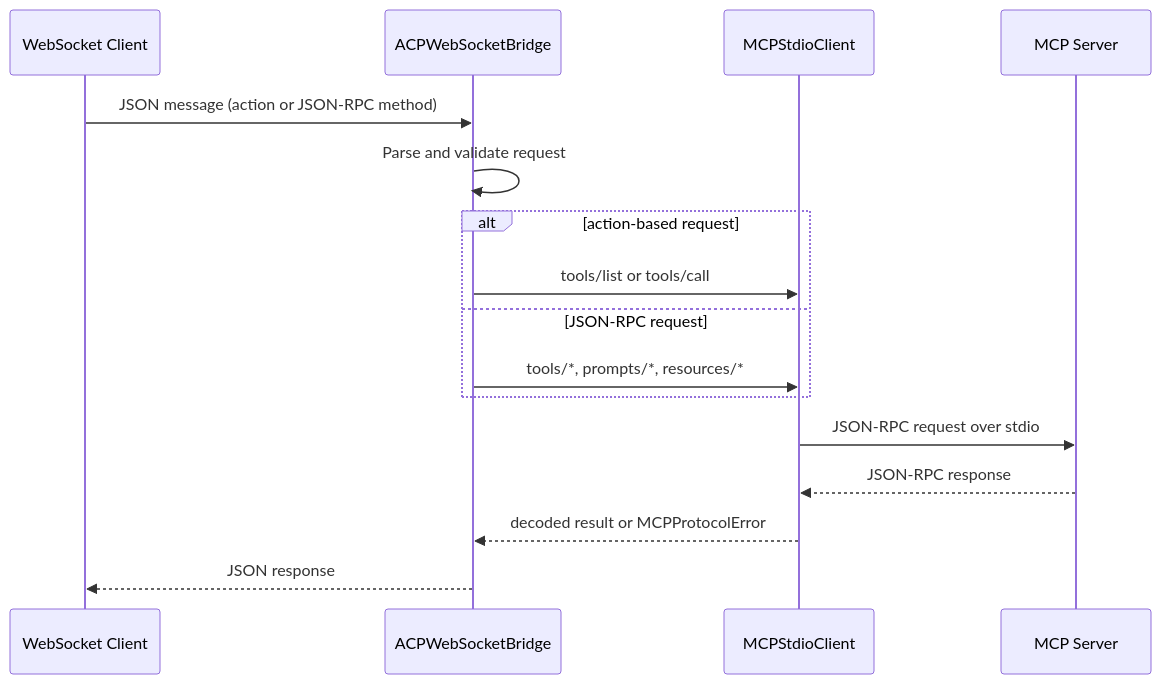
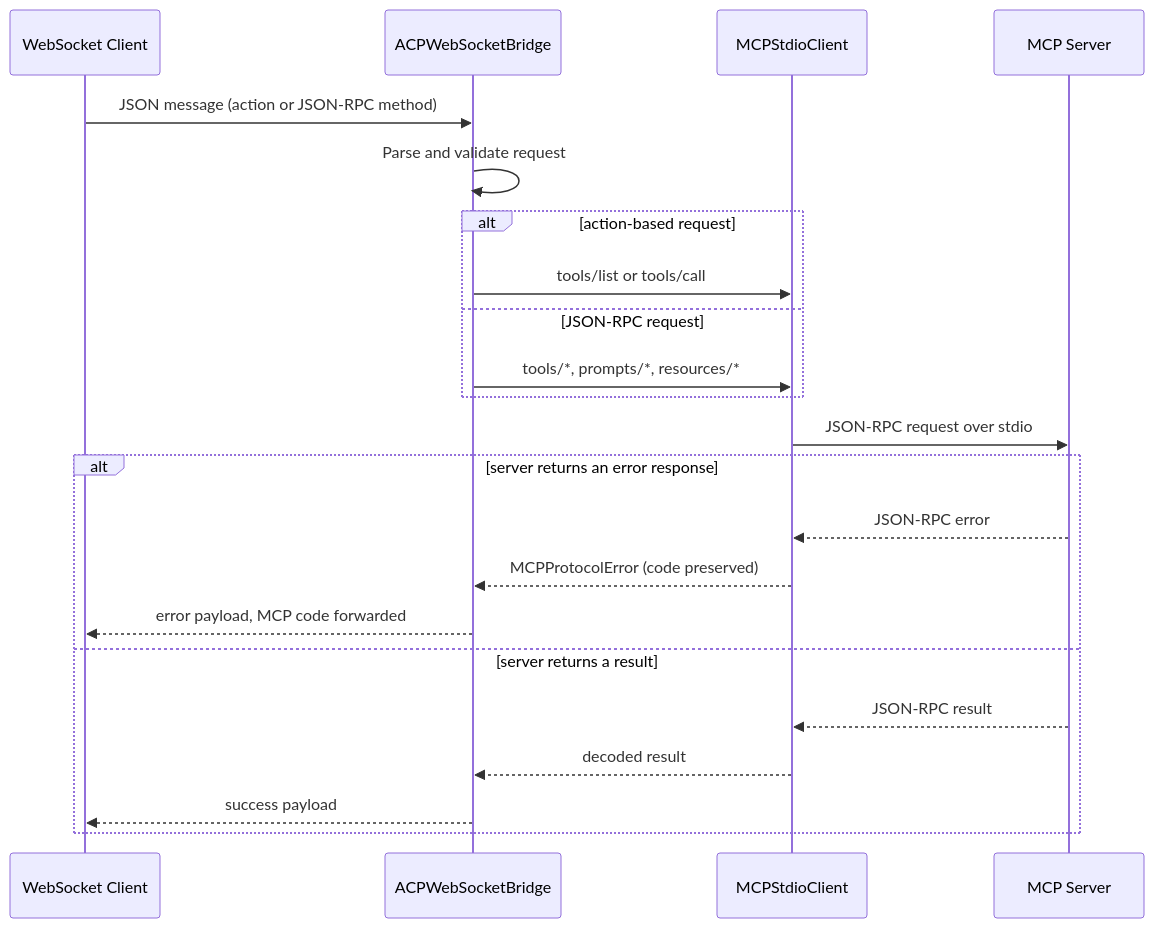
Before and after one commit to Digital-Dimentia/python-acp: the third of 3 diagrams in ARCHITECTURE.md, drawn with Mermaid. The commit also changed other lines of this file and 7 other files, not shown here.

First line of the commit message:
Preserve MCP error codes and tool isError through the bridge

````diff
--- a/ARCHITECTURE.md
+++ b/ARCHITECTURE.md
@@ -87,19 +87,25 @@
 ```mermaid
 sequenceDiagram
     participant C as WebSocket Client
     participant B as ACPWebSocketBridge
     participant M as MCPStdioClient
     participant S as MCP Server
 
     C->>B: JSON message (action or JSON-RPC method)
     B->>B: Parse and validate request
     alt action-based request
         B->>M: tools/list or tools/call
     else JSON-RPC request
         B->>M: tools/*, prompts/*, resources/*
     end
     M->>S: JSON-RPC request over stdio
-    S-->>M: JSON-RPC response
-    M-->>B: decoded result or MCPProtocolError
-    B-->>C: JSON response
+    alt server returns an error response
+        S-->>M: JSON-RPC error
+        M-->>B: MCPProtocolError (code preserved)
+        B-->>C: error payload, MCP code forwarded
+    else server returns a result
+        S-->>M: JSON-RPC result
+        M-->>B: decoded result
+        B-->>C: success payload
+    end
 ```
````
